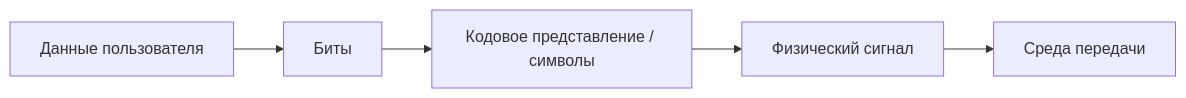
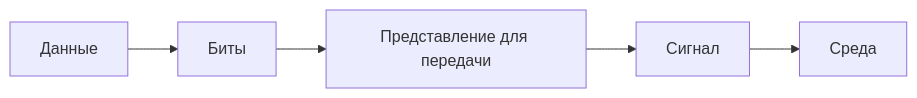
Before and after one commit to temaSW/intro-to-networking: the third of 4 diagrams in course/lectures/00-introduction.qmd, drawn with Mermaid. The commit also changed other lines of this file and 4 other files, not shown here.

````diff
--- a/course/lectures/00-introduction.qmd
+++ b/course/lectures/00-introduction.qmd
@@ -38,4 +31,4 @@
 ```{mermaid}
 flowchart LR
-  D[Данные пользователя] --> B[Биты] --> C[Кодовое представление / символы] --> S[Физический сигнал] --> M[Среда передачи]
+  D[Данные] --> B[Биты] --> C[Представление для передачи] --> S[Сигнал] --> M[Среда]
 ```
````
